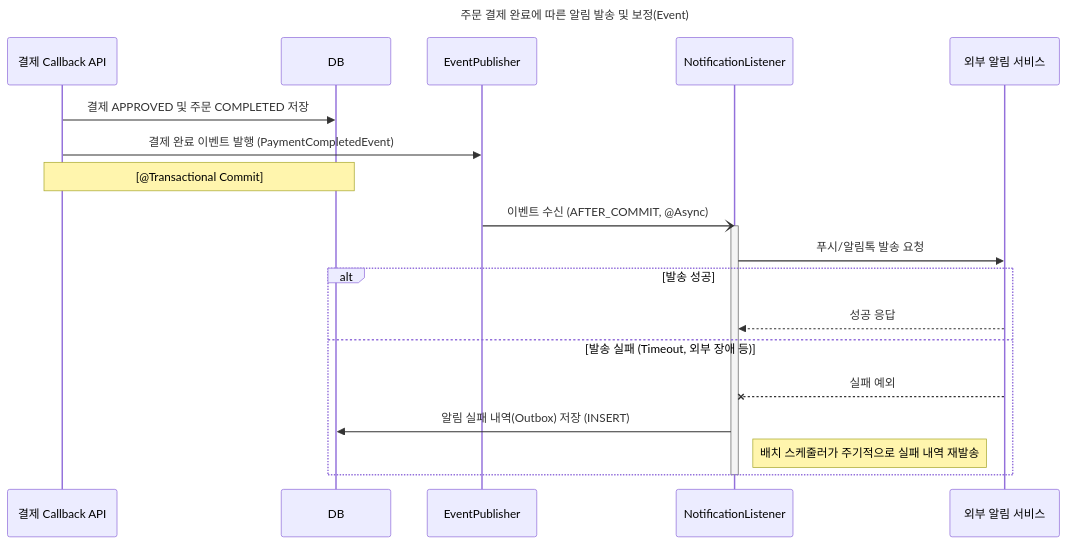
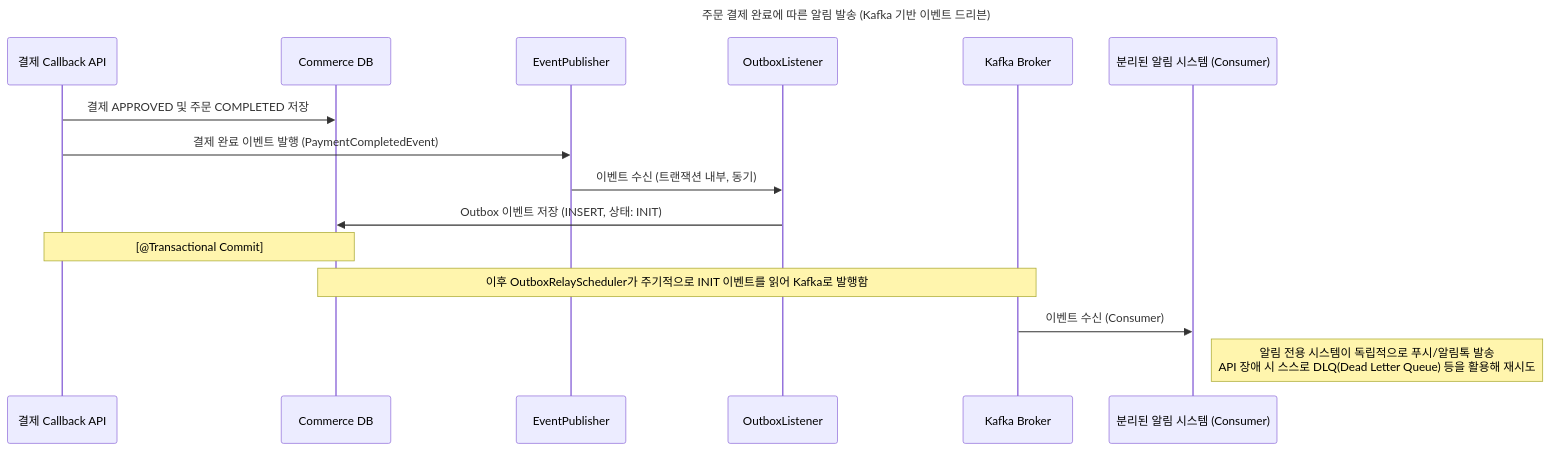
One commit to eelseungmin/loop-pack-be-l2-vol4-java changed the tenth of 12 diagrams in docs/week2/02-sequence-diagrams.md. Above: the diagram before and after it, drawn with Mermaid. The commit also changed other lines of this file and 4 other files, not shown here.

````diff
--- a/docs/week2/02-sequence-diagrams.md
+++ b/docs/week2/02-sequence-diagrams.md
@@ -422,26 +418,21 @@
 ```mermaid
 sequenceDiagram
-    title 주문 결제 완료에 따른 알림 발송 및 보정(Event)
+    title 주문 결제 완료에 따른 알림 발송 (Kafka 기반 이벤트 드리븐)
     participant CallbackAPI as 결제 Callback API
-    participant DB
+    participant DB as Commerce DB
     participant EventPublisher
-    participant NotificationListener
-    participant NotificationService as 외부 알림 서비스
+    participant OutboxListener
+    participant Kafka as Kafka Broker
+    participant NotificationSystem as 분리된 알림 시스템 (Consumer)
 
     CallbackAPI->>DB: 결제 APPROVED 및 주문 COMPLETED 저장
     CallbackAPI->>EventPublisher: 결제 완료 이벤트 발행 (PaymentCompletedEvent)
+    EventPublisher->>OutboxListener: 이벤트 수신 (트랜잭션 내부, 동기)
+    OutboxListener->>DB: Outbox 이벤트 저장 (INSERT, 상태: INIT)
     Note over CallbackAPI, DB: [@Transactional Commit]
     
-    EventPublisher-)NotificationListener: 이벤트 수신 (AFTER_COMMIT, @Async)
-    activate NotificationListener
-    NotificationListener->>NotificationService: 푸시/알림톡 발송 요청
+    Note over DB, Kafka: 이후 OutboxRelayScheduler가 주기적으로 INIT 이벤트를 읽어 Kafka로 발행함
     
-    alt 발송 성공
-        NotificationService-->>NotificationListener: 성공 응답
-    else 발송 실패 (Timeout, 외부 장애 등)
-        NotificationService--xNotificationListener: 실패 예외
-        NotificationListener->>DB: 알림 실패 내역(Outbox) 저장 (INSERT)
-        Note right of NotificationListener: 배치 스케줄러가 주기적으로 실패 내역 재발송
-    end
-    deactivate NotificationListener
+    Kafka->>NotificationSystem: 이벤트 수신 (Consumer)
+    Note right of NotificationSystem: 알림 전용 시스템이 독립적으로 푸시/알림톡 발송<br>API 장애 시 스스로 DLQ(Dead Letter Queue) 등을 활용해 재시도
 ```
````
